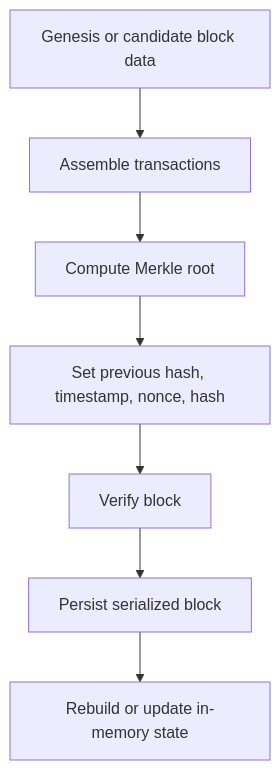
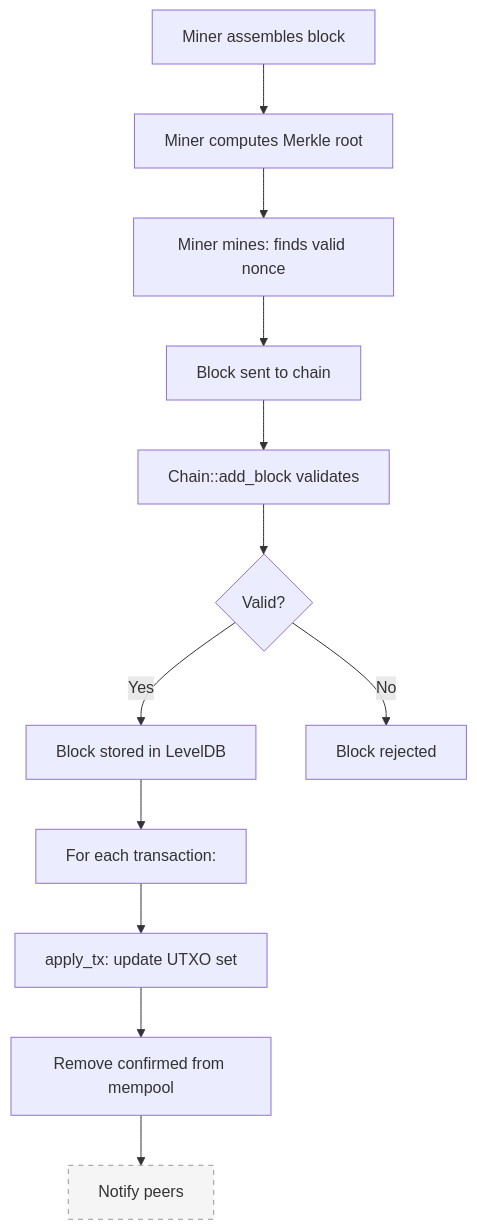
Before and after one commit to shaikali-c/a_blockchain: the first of 2 diagrams in docs/block_lifecycle.md, drawn with Mermaid. The commit also changed other lines of this file and 58 other files, not shown here.

````diff
--- a/docs/block_lifecycle.md
+++ b/docs/block_lifecycle.md
@@ -31,9 +9,16 @@
 ```mermaid
-flowchart TD
-    A[Genesis or candidate block data] --> B[Assemble transactions]
-    B --> C[Compute Merkle root]
-    C --> D[Set previous hash, timestamp, nonce, hash]
-    D --> E[Verify block]
-    E --> F[Persist serialized block]
-    F --> G[Rebuild or update in-memory state]
+graph TD
+    A[Miner assembles block] --> B[Miner computes Merkle root]
+    B --> C[Miner mines: finds valid nonce]
+    C --> D[Block sent to chain]
+    D --> E[Chain::add_block validates]
+    E --> F{Valid?}
+    F -->|Yes| G[Block stored in LevelDB]
+    G --> H[For each transaction:]
+    H --> I[apply_tx: update UTXO set]
+    I --> J[Remove confirmed from mempool]
+    J --> K[Notify peers]:::future
+    F -->|No| L[Block rejected]
+
+    classDef future fill:#f5f5f5,stroke:#999,stroke-dasharray: 5 5
 ```
````
